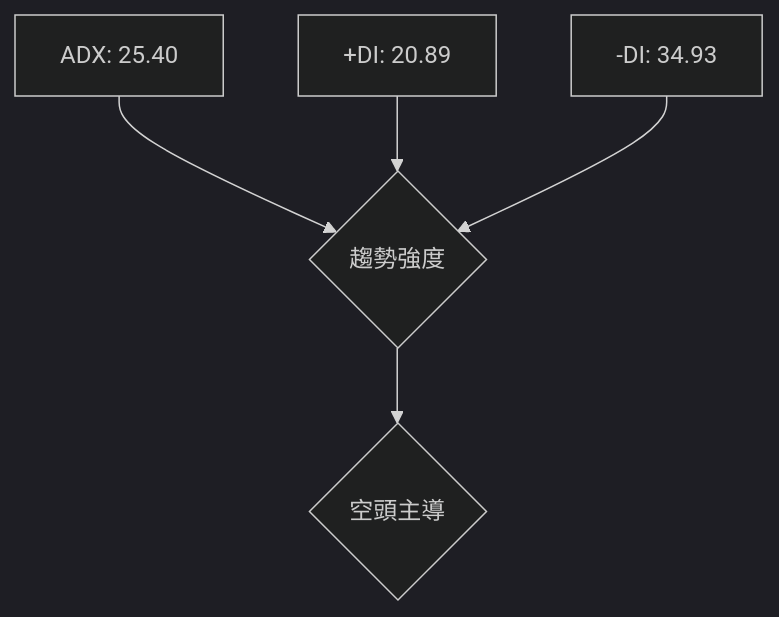
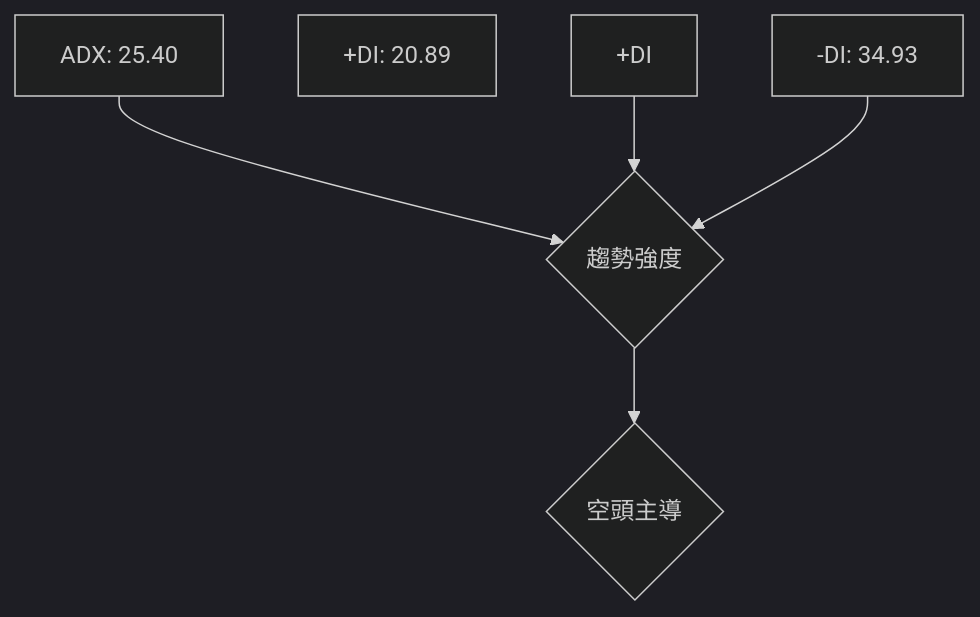
One commit to yennanliu/finance_data changed the third of 10 diagrams in ai_gen_report/stock/tsm/technical_analysis_2026-04-03_openai.md. Above: the diagram before and after it, drawn with Mermaid (dark theme). The commit also changed 2258 other files, not shown here.

First line of the commit message:
chore: backfill Mermaid syntax repair across existing reports

````diff
--- a/ai_gen_report/stock/tsm/technical_analysis_2026-04-03_openai.md
+++ b/ai_gen_report/stock/tsm/technical_analysis_2026-04-03_openai.md
@@ -132,10 +132,10 @@
 ```mermaid
 graph TD
     ADX["ADX: 25.40"]
     +DI["+DI: 20.89"]
     -DI["-DI: 34.93"]
     ADX --> 判斷{"趨勢強度"}
-    +DI --> 判斷
+    nb1["+DI"] --> 判斷
     -DI --> 判斷
     判斷 --> 強勢{"空頭主導"}
 ```
````
